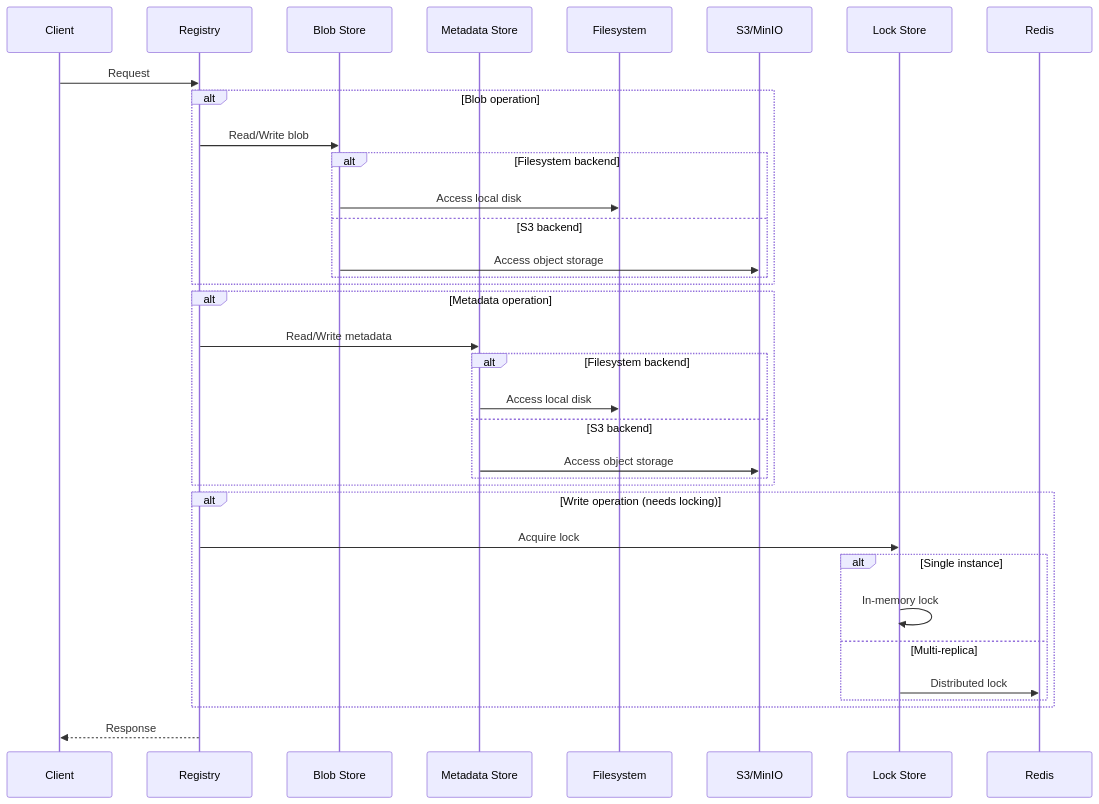
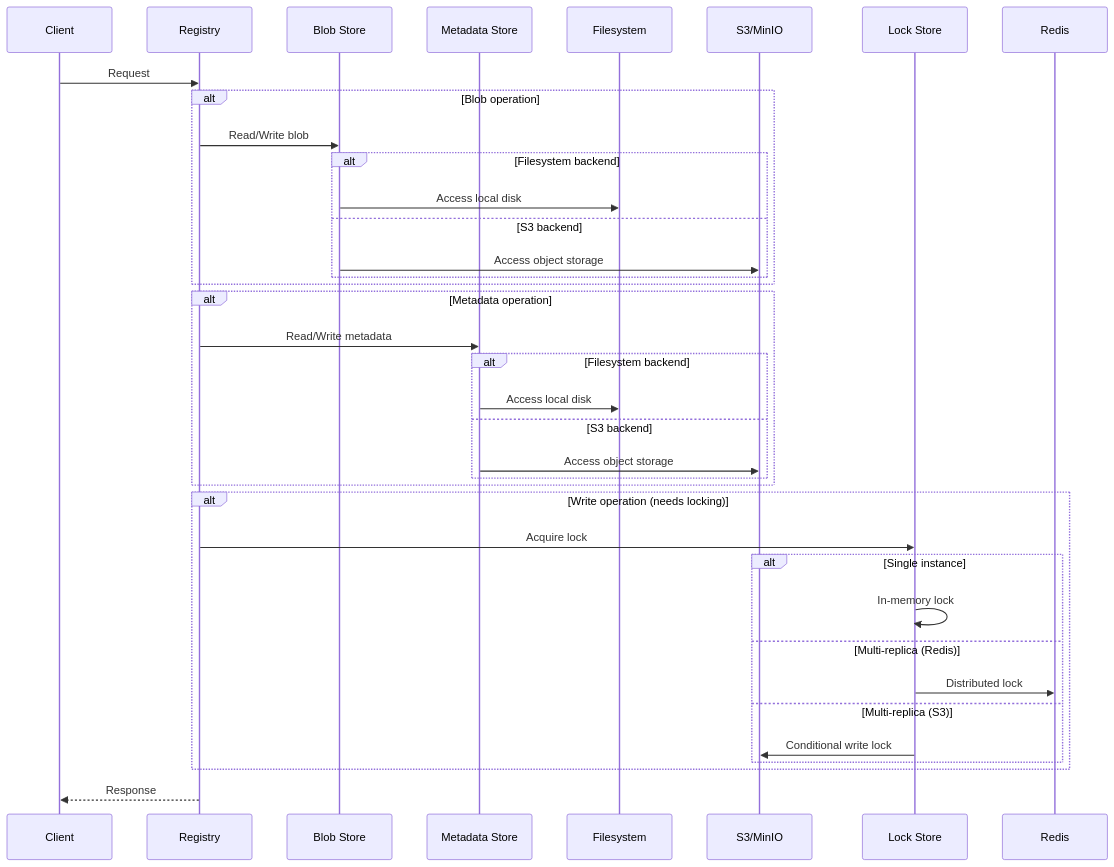
One commit to project-angos/angos changed the first of 2 diagrams in doc/explanation/storage-backends.md. Above: the diagram before and after it, drawn with Mermaid. The commit also changed other lines of this file and 21 other files, not shown here.

````diff
--- a/doc/explanation/storage-backends.md
+++ b/doc/explanation/storage-backends.md
@@ -14,42 +14,44 @@
 ```mermaid
 sequenceDiagram
     participant Client
     participant Registry
     participant BlobStore as Blob Store
     participant MetaStore as Metadata Store
     participant FS as Filesystem
     participant S3 as S3/MinIO
     participant Lock as Lock Store
     participant Redis
 
     Client->>Registry: Request
 
     alt Blob operation
         Registry->>BlobStore: Read/Write blob
         alt Filesystem backend
             BlobStore->>FS: Access local disk
         else S3 backend
             BlobStore->>S3: Access object storage
         end
     end
 
     alt Metadata operation
         Registry->>MetaStore: Read/Write metadata
         alt Filesystem backend
             MetaStore->>FS: Access local disk
         else S3 backend
             MetaStore->>S3: Access object storage
         end
     end
 
     alt Write operation (needs locking)
         Registry->>Lock: Acquire lock
         alt Single instance
             Lock->>Lock: In-memory lock
-        else Multi-replica
+        else Multi-replica (Redis)
             Lock->>Redis: Distributed lock
+        else Multi-replica (S3)
+            Lock->>S3: Conditional write lock
         end
     end
 
     Registry-->>Client: Response
 ```
````
